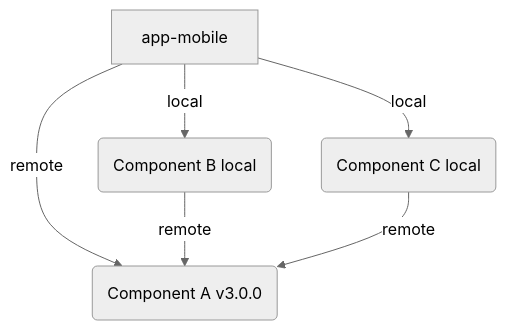
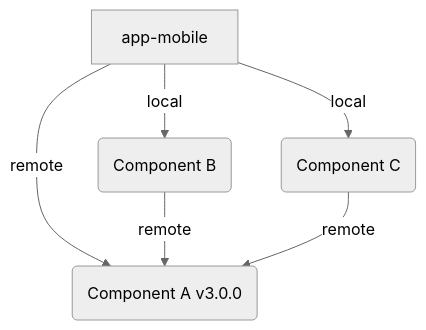
Before and after one commit to sdg9/react-native-versioned-components-yarn1: the second of 3 diagrams in README.md, drawn with Mermaid (neutral theme).

````diff
--- a/README.md
+++ b/README.md
@@ -79,8 +79,8 @@
         ```mermaid
         graph TD
             App[app-mobile] -->|remote|A(Component A v3.0.0)
-            App[app-mobile] -->|local|B(Component B local)
-            App[app-mobile] -->|local|C(Component C local)
+            App[app-mobile] -->|local|B(Component B)
+            App[app-mobile] -->|local|C(Component C)
             B --> |remote|A
             C --> |remote|A
         ```
````
